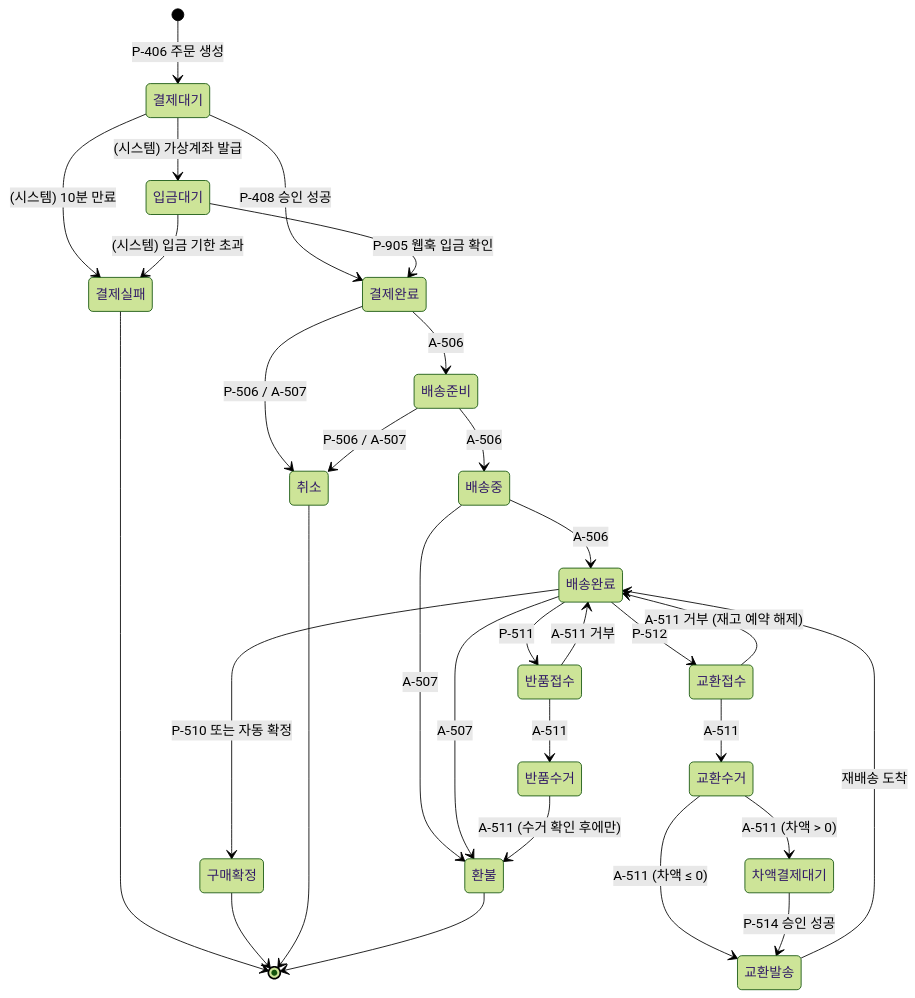
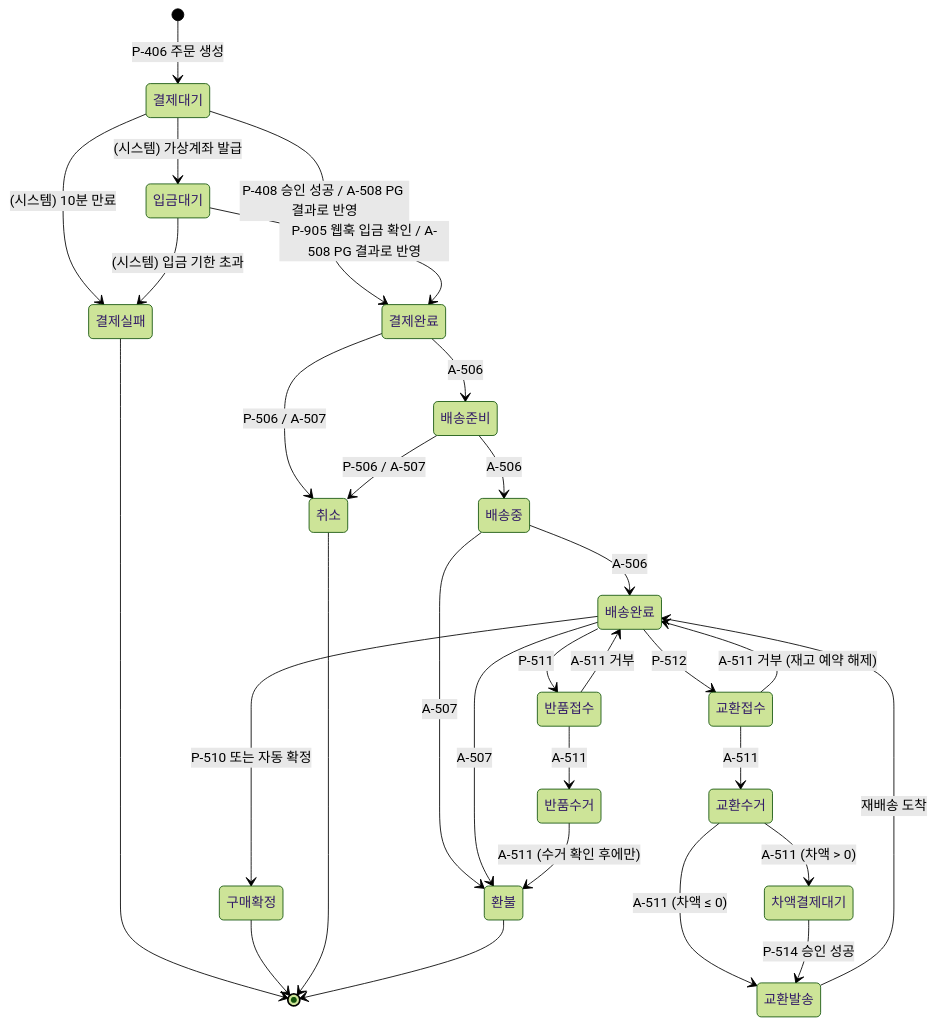
Before and after one commit to emirue/ondolith: the fourth of 4 diagrams in docs/14-screen-flows.md, drawn with Mermaid (forest theme). The commit also changed 18 other files, not shown here.

````diff
--- a/docs/14-screen-flows.md
+++ b/docs/14-screen-flows.md
@@ -139,32 +139,32 @@
 ```mermaid
 stateDiagram-v2
   [*] --> 결제대기: P-406 주문 생성
-  결제대기 --> 결제완료: P-408 승인 성공
+  결제대기 --> 결제완료: P-408 승인 성공 / A-508 PG 결과로 반영
   결제대기 --> 결제실패: (시스템) 10분 만료
   결제대기 --> 입금대기: (시스템) 가상계좌 발급
-  입금대기 --> 결제완료: P-905 웹훅 입금 확인
+  입금대기 --> 결제완료: P-905 웹훅 입금 확인 / A-508 PG 결과로 반영
   입금대기 --> 결제실패: (시스템) 입금 기한 초과
   결제실패 --> [*]
   결제완료 --> 배송준비: A-506
   배송준비 --> 배송중: A-506
   배송중 --> 배송완료: A-506
   배송완료 --> 구매확정: P-510 또는 자동 확정
   결제완료 --> 취소: P-506 / A-507
   배송준비 --> 취소: P-506 / A-507
   배송중 --> 환불: A-507
   배송완료 --> 환불: A-507
   배송완료 --> 반품접수: P-511
   배송완료 --> 교환접수: P-512
   반품접수 --> 반품수거: A-511
   반품접수 --> 배송완료: A-511 거부
   반품수거 --> 환불: A-511 (수거 확인 후에만)
   교환접수 --> 교환수거: A-511
   교환접수 --> 배송완료: A-511 거부 (재고 예약 해제)
   교환수거 --> 교환발송: A-511 (차액 ≤ 0)
   교환수거 --> 차액결제대기: A-511 (차액 > 0)
   차액결제대기 --> 교환발송: P-514 승인 성공
   교환발송 --> 배송완료: 재배송 도착
   구매확정 --> [*]
   취소 --> [*]
   환불 --> [*]
 ```
````
